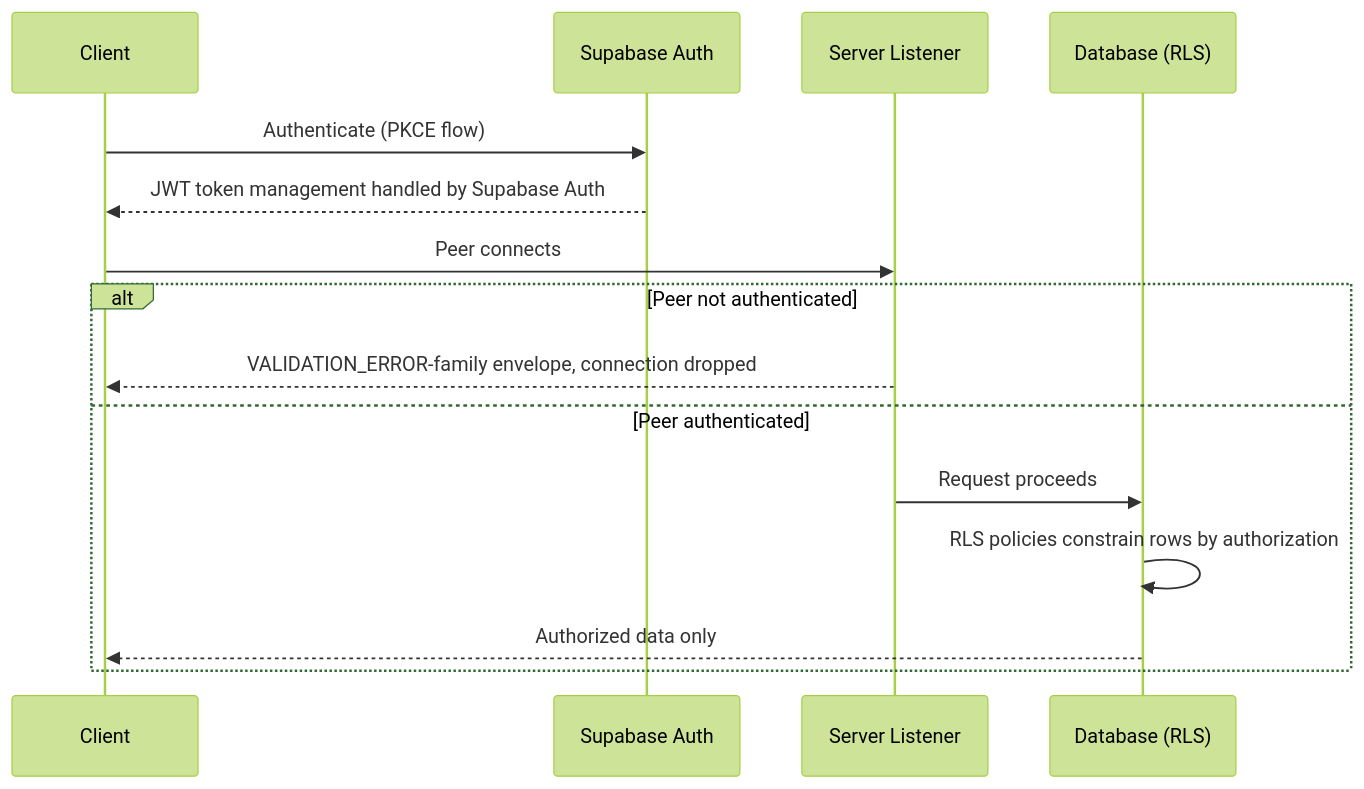
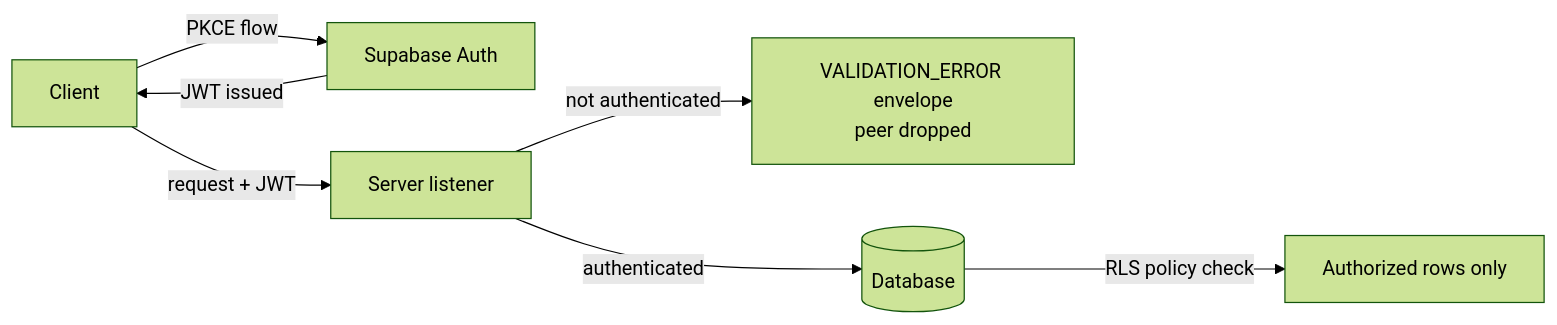
One commit to hybridindie/wiki-fabric changed the diagram in wiki/topics/supabase-jwt-token-management.md. Above: the diagram before and after it, drawn with Mermaid (forest theme). The commit also changed other lines of this file and 43 other files, not shown here.

````diff
--- a/wiki/topics/supabase-jwt-token-management.md
+++ b/wiki/topics/supabase-jwt-token-management.md
@@ -24,18 +33,9 @@
 ```mermaid
-sequenceDiagram
-    participant C as Client
-    participant A as Supabase Auth
-    participant L as Server Listener
-    participant D as Database (RLS)
-
-    C->>A: Authenticate (PKCE flow)
-    A-->>C: JWT token management handled by Supabase Auth
-    C->>L: Peer connects
-    alt Peer not authenticated
-        L-->>C: VALIDATION_ERROR-family envelope, connection dropped
-    else Peer authenticated
-        L->>D: Request proceeds
-        D->>D: RLS policies constrain rows by authorization
-        D-->>C: Authorized data only
-    end
+flowchart LR
+    C[Client] -->|PKCE flow| A[Supabase Auth]
+    A -->|JWT issued| C
+    C -->|request + JWT| L[Server listener]
+    L -->|not authenticated| R[VALIDATION_ERROR envelope<br/>peer dropped]
+    L -->|authenticated| D[(Database)]
+    D -->|RLS policy check| P[Authorized rows only]
 ```
````
